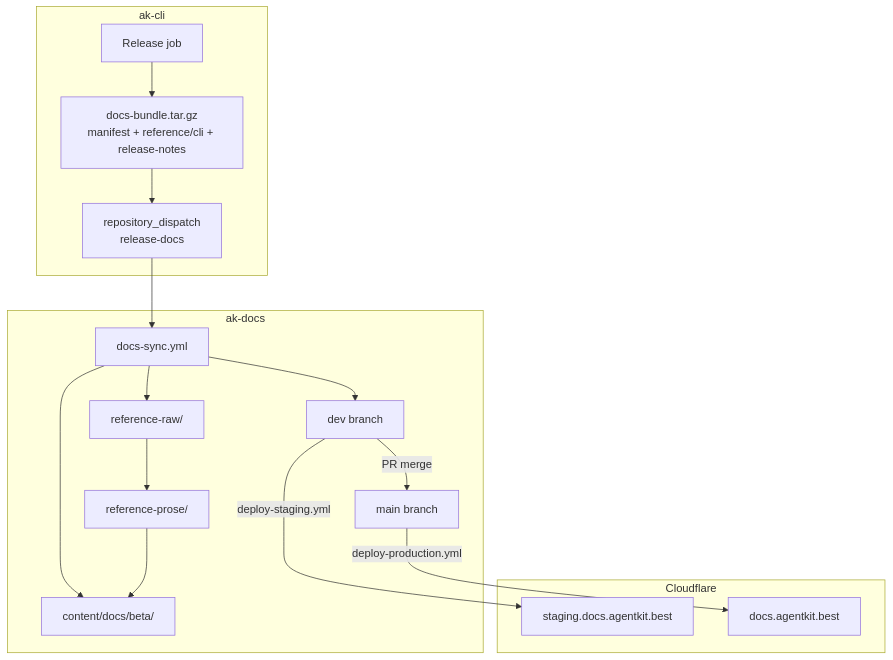
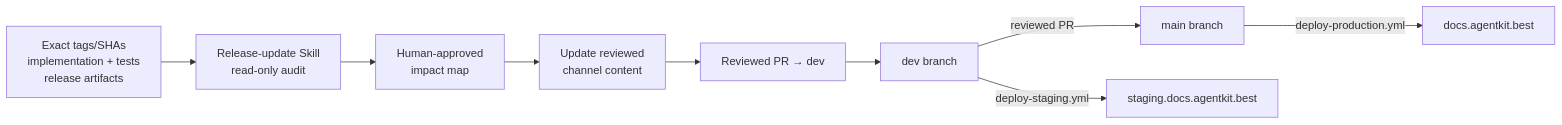
Before and after one commit to bestagentkits/agentkit-docs: the first of 3 diagrams in docs/workflows/release-and-deploy.md, drawn with Mermaid. The commit also changed other lines of this file and 1 other file, not shown here.

Commit message:
docs: clarify workflow-first contribution flow

````diff
--- a/docs/workflows/release-and-deploy.md
+++ b/docs/workflows/release-and-deploy.md
@@ -7,32 +17,17 @@
 ```mermaid
-flowchart TB
-  subgraph akcli["ak-cli"]
-    REL["Release job"]
-    BUNDLE["docs-bundle.tar.gz<br/>manifest + reference/cli + release-notes"]
-    DISP["repository_dispatch<br/>release-docs"]
-  end
+flowchart LR
+  EVIDENCE["Exact tags/SHAs<br/>implementation + tests<br/>release artifacts"]
+  AUDIT["Release-update Skill<br/>read-only audit"]
+  IMPACT["Human-approved<br/>impact map"]
+  CONTENT["Update reviewed<br/>channel content"]
+  PR["Reviewed PR → dev"]
+  DEV["dev branch"]
+  MAIN["main branch"]
+  STG["staging.docs.agentkit.best"]
+  PROD["docs.agentkit.best"]
 
-  subgraph akdocs["ak-docs"]
-    SYNC["docs-sync.yml"]
-    RAW["reference-raw/"]
-    PROSE["reference-prose/"]
-    BETA["content/docs/beta/"]
-    DEV["dev branch"]
-    MAIN["main branch"]
-  end
-
-  subgraph cf["Cloudflare"]
-    STG["staging.docs.agentkit.best"]
-    PROD["docs.agentkit.best"]
-  end
-
-  REL --> BUNDLE --> DISP --> SYNC
-  SYNC --> RAW
-  SYNC --> BETA
-  RAW --> PROSE
-  PROSE --> BETA
-  SYNC --> DEV
+  EVIDENCE --> AUDIT --> IMPACT --> CONTENT --> PR --> DEV
   DEV -->|deploy-staging.yml| STG
-  DEV -->|PR merge| MAIN
+  DEV -->|reviewed PR| MAIN
   MAIN -->|deploy-production.yml| PROD
 ```
````
